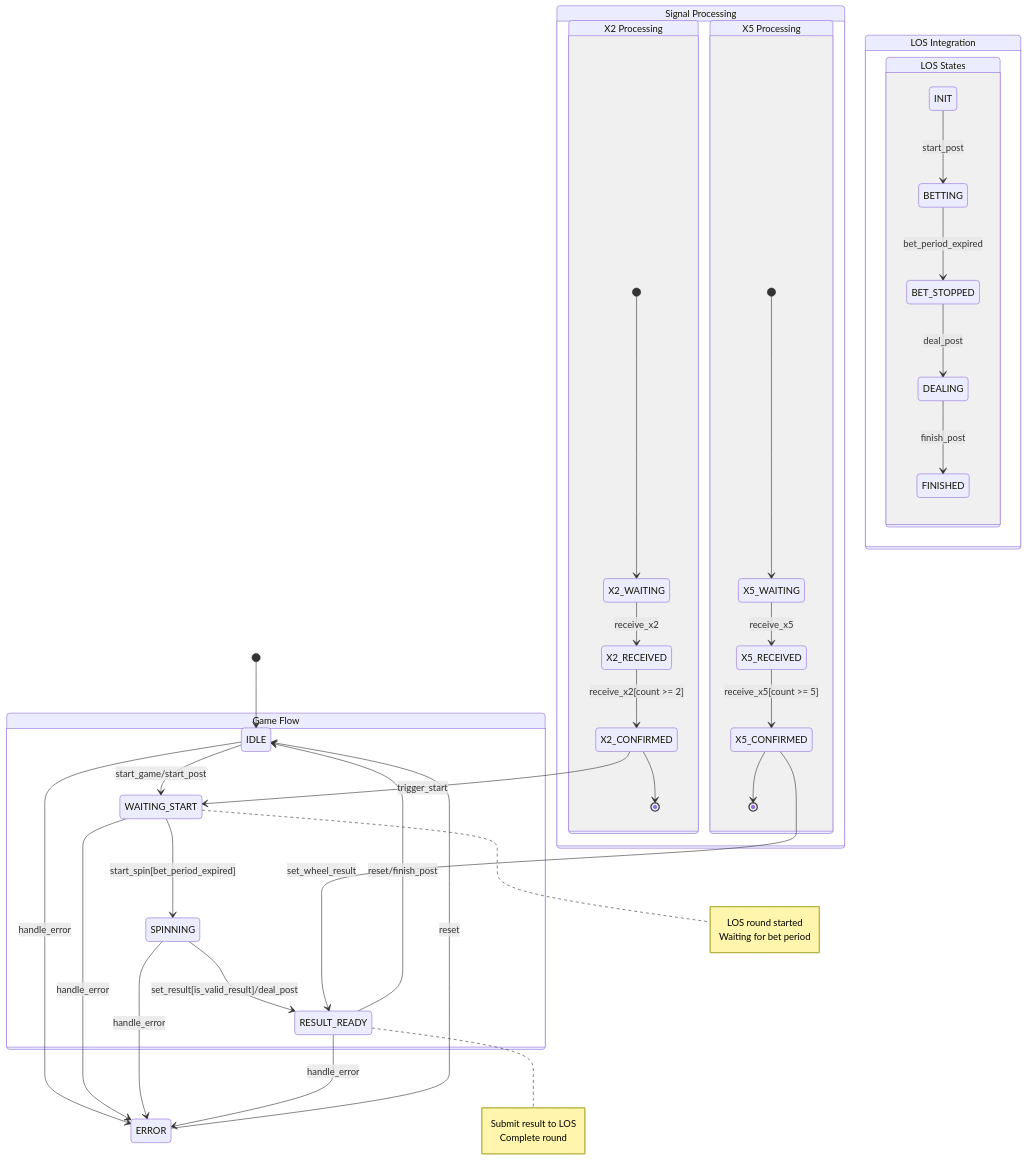
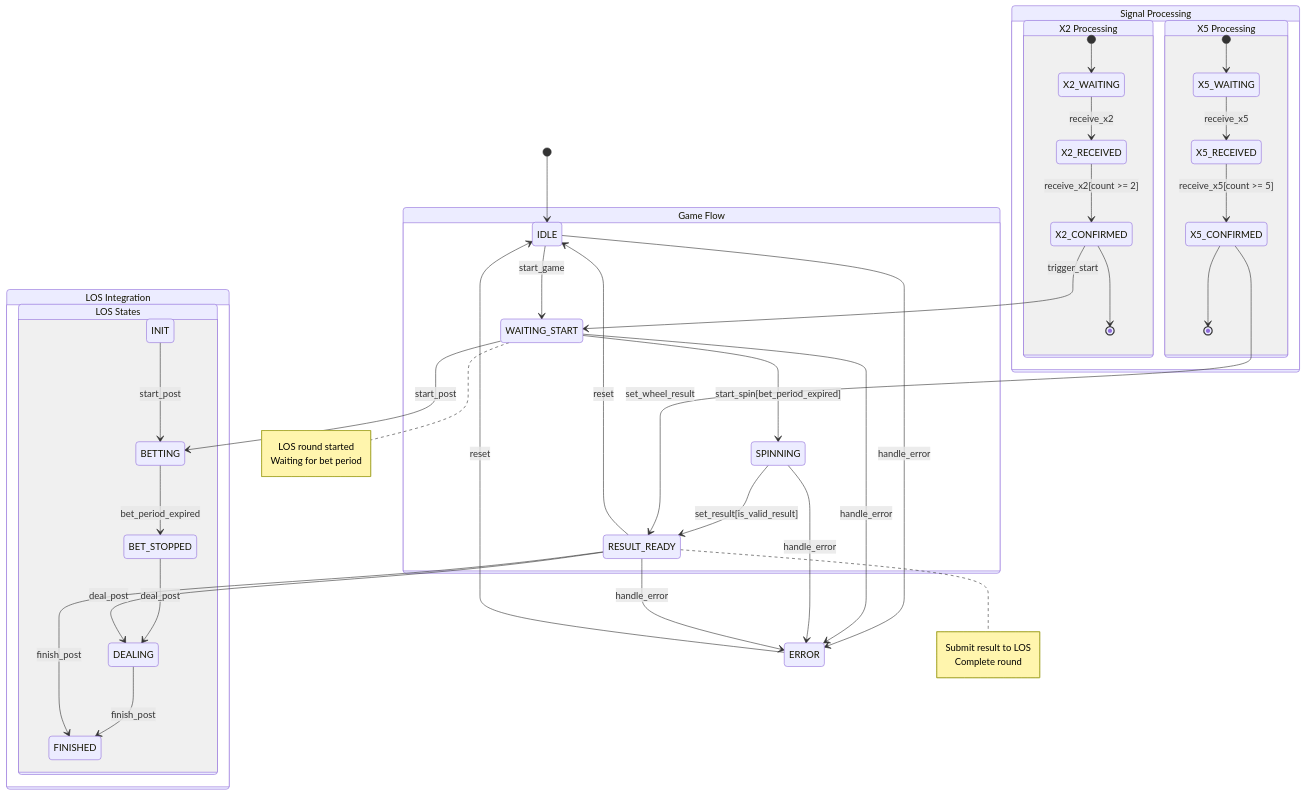
One commit to ikigai-kevin-k/studio-sdp-mirror changed the second of 6 diagrams in src/refactor/README.md. Above: the diagram before and after it, drawn with Mermaid.

Commit message:
modify state machine

````diff
--- a/src/refactor/README.md
+++ b/src/refactor/README.md
@@ -38,56 +38,60 @@
 ```mermaid
 stateDiagram-v2
     [*] --> IDLE
     
     state "Game Flow" as GF {
-        IDLE --> WAITING_START: start_game/start_post
+        IDLE --> WAITING_START: start_game
         WAITING_START --> SPINNING: start_spin[bet_period_expired]
-        SPINNING --> RESULT_READY: set_result[is_valid_result]/deal_post
-        RESULT_READY --> IDLE: reset/finish_post
+        SPINNING --> RESULT_READY: set_result[is_valid_result]
+        RESULT_READY --> IDLE: reset
     }
     
     state "Signal Processing" as SP {
         state "X2 Processing" as X2 {
             [*] --> X2_WAITING
             X2_WAITING --> X2_RECEIVED: receive_x2
             X2_RECEIVED --> X2_CONFIRMED: receive_x2[count >= 2]
             X2_CONFIRMED --> [*]
         }
         
         state "X5 Processing" as X5 {
             [*] --> X5_WAITING
             X5_WAITING --> X5_RECEIVED: receive_x5
             X5_RECEIVED --> X5_CONFIRMED: receive_x5[count >= 5]
             X5_CONFIRMED --> [*]
         }
     }
     
     state "LOS Integration" as LOS {
         state "LOS States" as LS {
             INIT --> BETTING: start_post
             BETTING --> BET_STOPPED: bet_period_expired
             BET_STOPPED --> DEALING: deal_post
             DEALING --> FINISHED: finish_post
         }
     }
     
     X2_CONFIRMED --> WAITING_START: trigger_start
     X5_CONFIRMED --> RESULT_READY: set_wheel_result
     
+    WAITING_START --> BETTING: start_post
+    RESULT_READY --> DEALING: deal_post
+    RESULT_READY --> FINISHED: finish_post
+    
     state ERROR
     IDLE --> ERROR: handle_error
     WAITING_START --> ERROR: handle_error
     SPINNING --> ERROR: handle_error
     RESULT_READY --> ERROR: handle_error
     ERROR --> IDLE: reset
     
     note right of WAITING_START
         LOS round started
         Waiting for bet period
     end note
     
     note right of RESULT_READY
         Submit result to LOS
         Complete round
     end note
 ```
````
